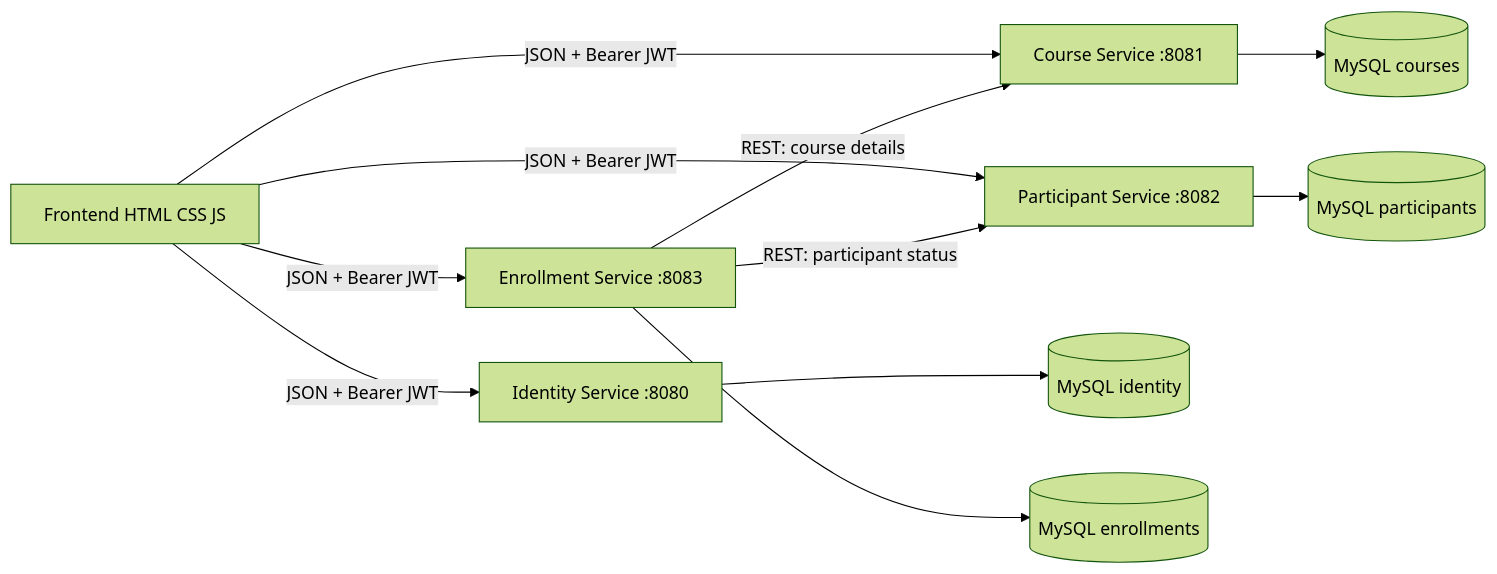
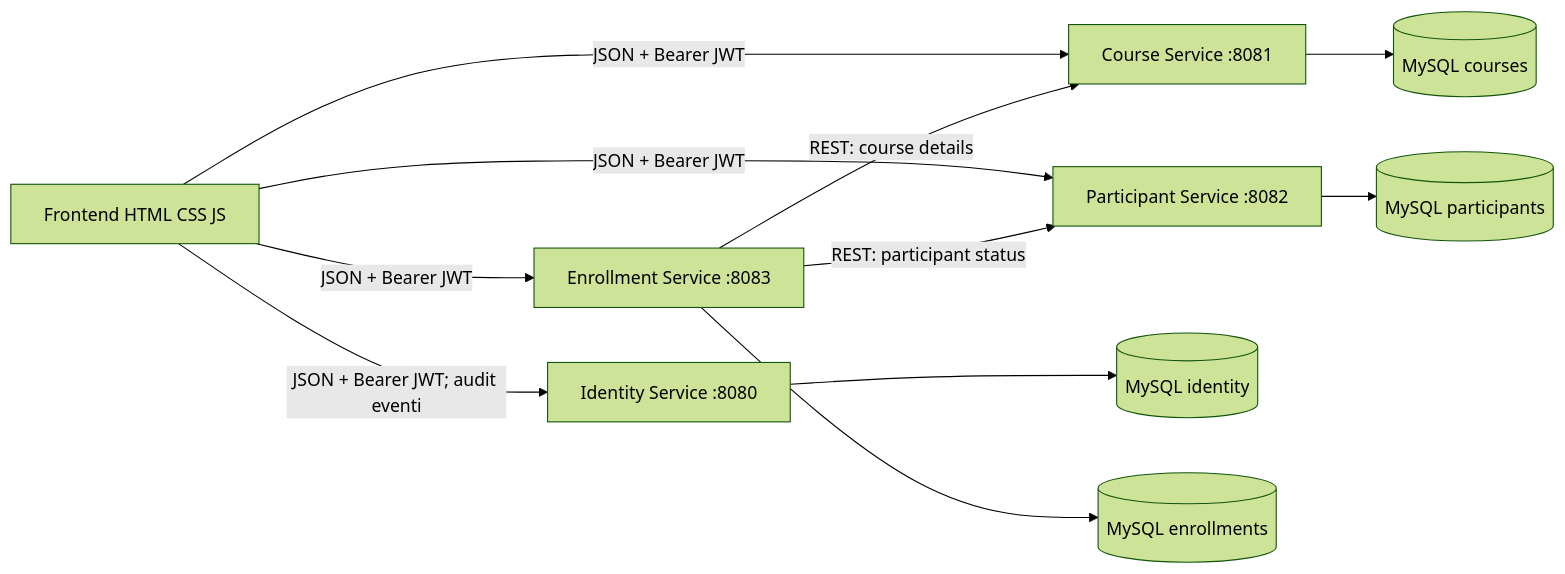
Before and after one commit to Mor33mila/traininghub: the diagram in docs/architecture.md, drawn with Mermaid (forest theme). The commit also changed other lines of this file and 11 other files, not shown here.

````diff
--- a/docs/architecture.md
+++ b/docs/architecture.md
@@ -5,22 +5,22 @@
 ```mermaid
 flowchart LR
     Browser[Frontend HTML CSS JS]
     Identity[Identity Service :8080]
     Course[Course Service :8081]
     Participant[Participant Service :8082]
     Enrollment[Enrollment Service :8083]
     DBI[(MySQL identity)]
     DBC[(MySQL courses)]
     DBP[(MySQL participants)]
     DBE[(MySQL enrollments)]
-    Browser -->|JSON + Bearer JWT| Identity
+    Browser -->|JSON + Bearer JWT; audit eventi| Identity
     Browser -->|JSON + Bearer JWT| Course
     Browser -->|JSON + Bearer JWT| Participant
     Browser -->|JSON + Bearer JWT| Enrollment
     Identity --> DBI
     Course --> DBC
     Participant --> DBP
     Enrollment --> DBE
     Enrollment -->|REST: course details| Course
     Enrollment -->|REST: participant status| Participant
 ```
````
